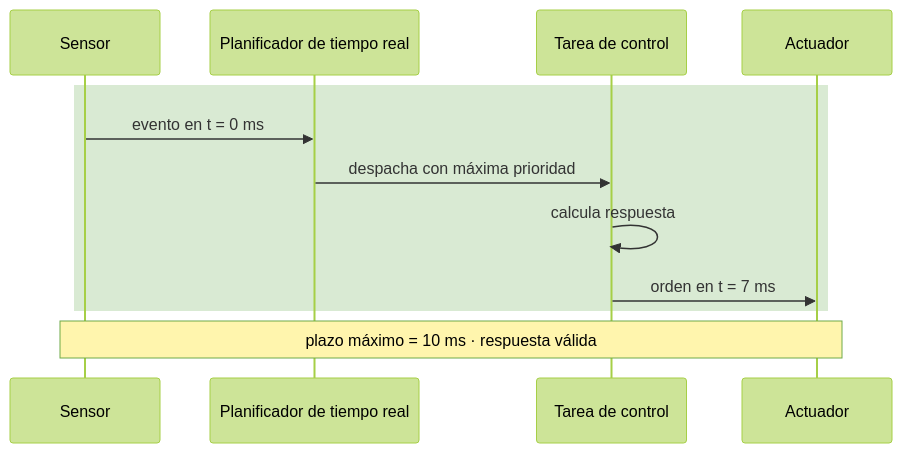
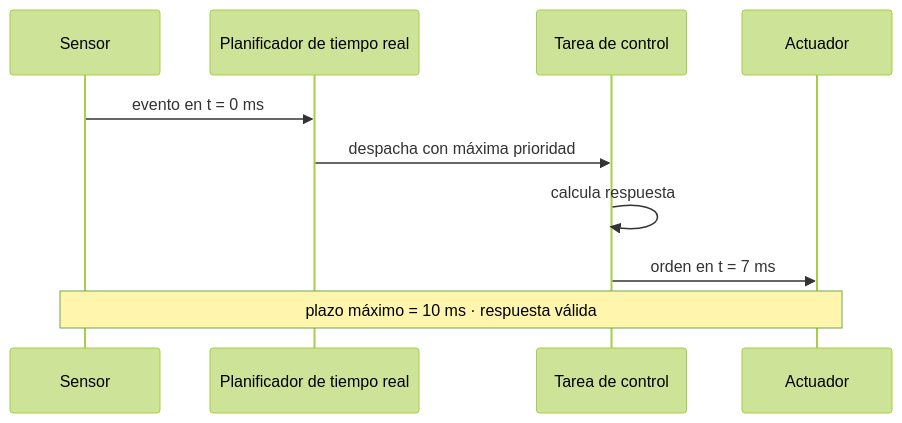
Before and after one commit to asiermarzo/ssoo: the fifth of 6 diagrams in TEORIA/04-planificacion-de-procesos/README.md, drawn with Mermaid (forest theme). The commit also changed other lines of this file and 12 other files, not shown here.

Commit message:
ajuste subrects de mermaids

````diff
--- a/TEORIA/04-planificacion-de-procesos/README.md
+++ b/TEORIA/04-planificacion-de-procesos/README.md
@@ -226,14 +225,12 @@
 ```mermaid
 sequenceDiagram
     participant S as Sensor
     participant P as Planificador de tiempo real
     participant T as Tarea de control
     participant A as Actuador
-    rect rgb(217, 234, 211)
     S->>P: evento en t = 0 ms
     P->>T: despacha con máxima prioridad
     T->>T: calcula respuesta
     T->>A: orden en t = 7 ms
-    end
     Note over S,A: plazo máximo = 10 ms · respuesta válida
 ```
````
